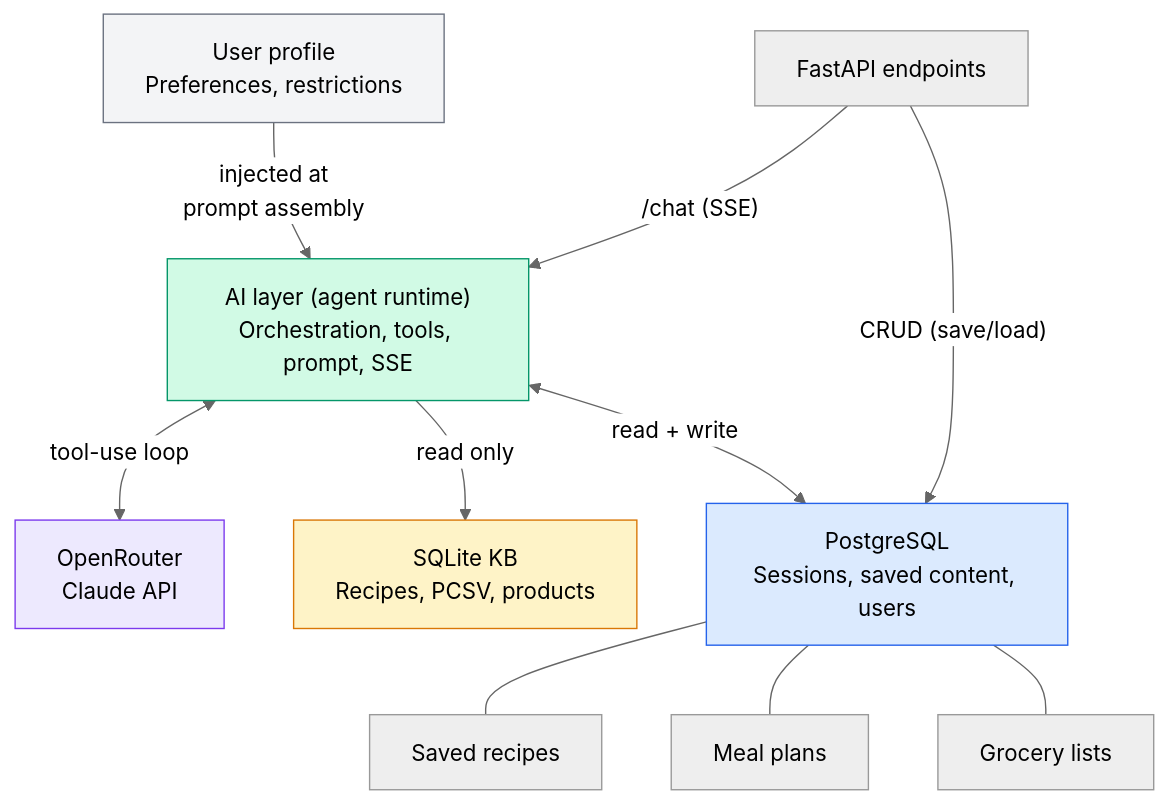
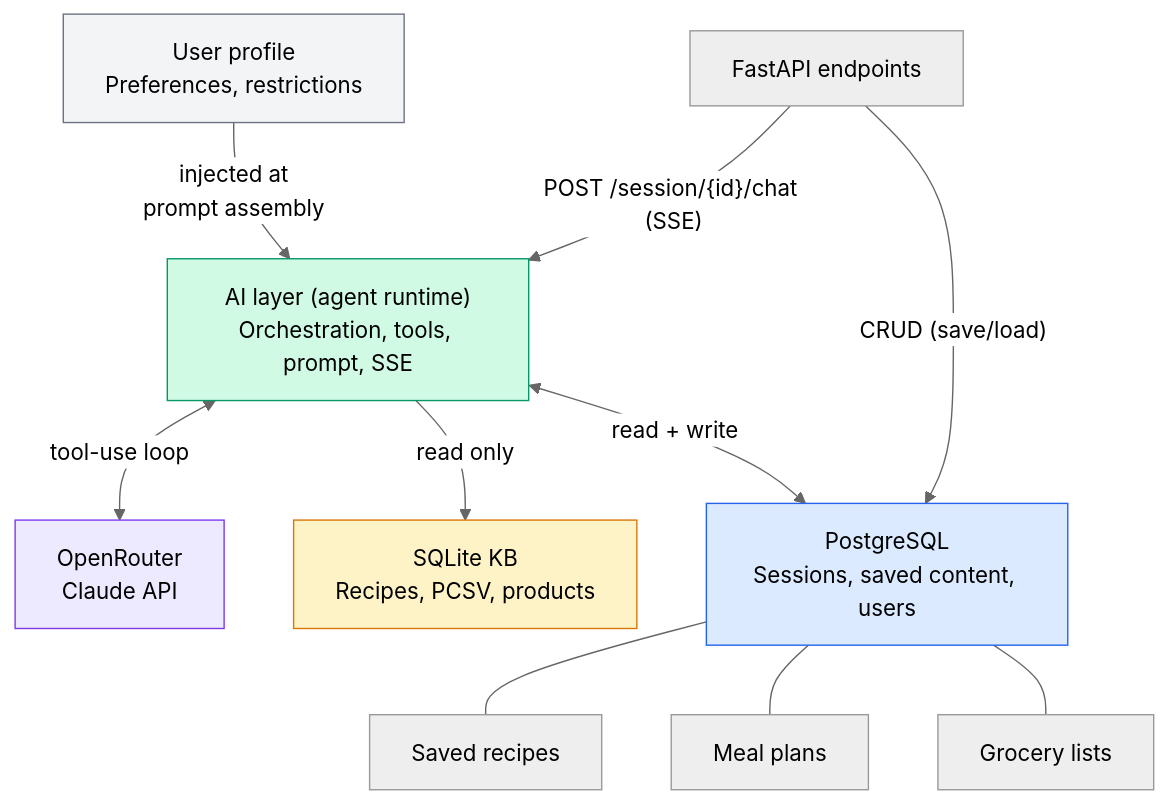
The first of 2 diagrams in docs/00-specs/ai-layer-architecture-v2.md (iDako7/Smart_Grocery_Agent), drawn with Mermaid (neutral theme) before and after one commit. The commit also changed 2 other files, not shown here.

Commit message:
Normalize chat endpoint route to POST /session/{id}/chat everywhere
Fix Mermaid diagrams and API-adjacent references that used bare /chat
instead of the canonical session-scoped route. Prose shorthand left
as-is where context makes it unambiguous.

````diff
--- a/docs/00-specs/ai-layer-architecture-v2.md
+++ b/docs/00-specs/ai-layer-architecture-v2.md
@@ -17,28 +17,28 @@
 ```mermaid
 graph TB
     FE["FastAPI endpoints"]
     AI["AI layer (agent runtime)<br/>Orchestration, tools, prompt, SSE"]
     OR["OpenRouter<br/>Claude API"]
     KB["SQLite KB<br/>Recipes, PCSV, products"]
     PG["PostgreSQL<br/>Sessions, saved content, users"]
     UP["User profile<br/>Preferences, restrictions"]
     SR["Saved recipes"]
     MP["Meal plans"]
     GL["Grocery lists"]
 
-    FE -- "/chat (SSE)" --> AI
+    FE -- "POST /session/{id}/chat (SSE)" --> AI
     FE -- "CRUD (save/load)" --> PG
     AI <-- "tool-use loop" --> OR
     AI -- "read only" --> KB
     AI <-- "read + write" --> PG
     UP -- "injected at<br/>prompt assembly" --> AI
     PG --- SR
     PG --- MP
     PG --- GL
 
     style AI fill:#d1fae5,stroke:#059669,stroke-width:1px
     style KB fill:#fef3c7,stroke:#d97706,stroke-width:1px
     style PG fill:#dbeafe,stroke:#2563eb,stroke-width:1px
     style OR fill:#ede9fe,stroke:#7c3aed,stroke-width:1px
     style UP fill:#f3f4f6,stroke:#6b7280,stroke-width:1px
 ```
````
